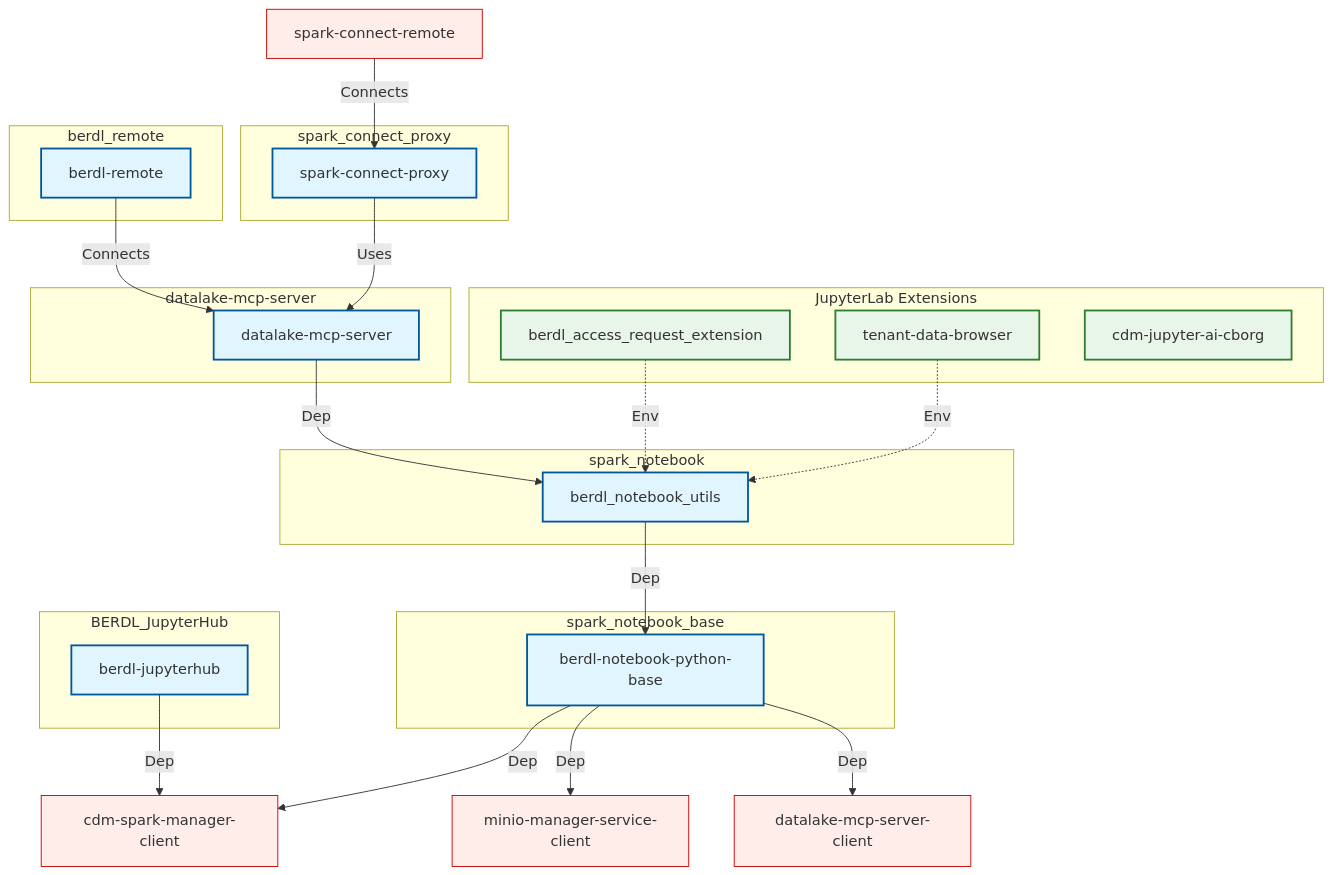
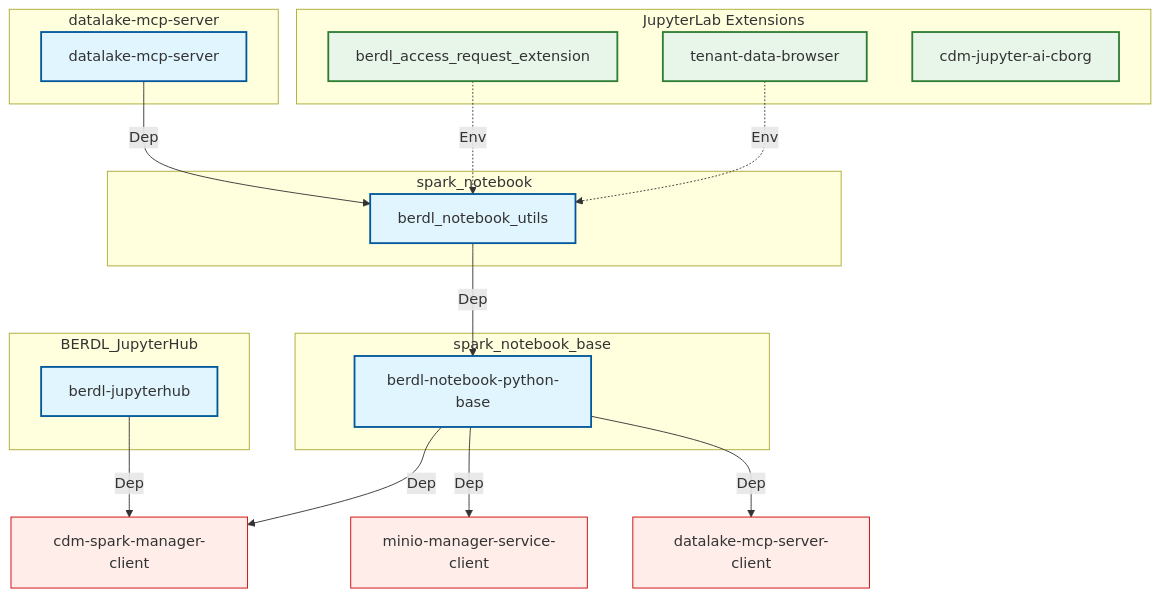
One commit to BERDataLakehouse/berdl_docs changed the third of 3 diagrams in README.md. Above: the diagram before and after it, drawn with Mermaid. The commit also changed other lines of this file, not shown here.

Commit message:
update global diagram

````diff
--- a/README.md
+++ b/README.md
@@ -168,68 +183,54 @@
 ```mermaid
 graph TD
     %% Clients
     SMC[cdm-spark-manager-client]
     MMSC[minio-manager-service-client]
     MCPC[datalake-mcp-server-client]
-    SRC[spark-connect-remote]
     
     %% Base Package
     subgraph Base ["spark_notebook_base"]
         PNB[berdl-notebook-python-base]
     end
     
     %% Service Implementations
     subgraph NotebookUtils ["spark_notebook"]
         NU[berdl_notebook_utils]
     end
     
     subgraph Extensions ["JupyterLab Extensions"]
         ARE[berdl_access_request_extension]
         TDB[tenant-data-browser]
         CBA[cdm-jupyter-ai-cborg]
     end
     
     subgraph MCPServer ["datalake-mcp-server"]
         MCP[datalake-mcp-server]
     end
     
     subgraph JupyterHub ["BERDL_JupyterHub"]
         JH[berdl-jupyterhub]
     end
-    
-    subgraph SparkRemote ["spark_connect_proxy"]
-        SPX[spark-connect-proxy]
-    end
-    
-    subgraph BERDLRemoteC ["berdl_remote"]
-        BRMC[berdl-remote]
-    end
 
     %% Dependencies
     PNB -->|Dep| SMC
     PNB -->|Dep| MMSC
     PNB -->|Dep| MCPC
     
     NU -->|Dep| PNB
     MCP -->|Dep| NU
     
     JH -->|Dep| SMC
     
     %% JupyterLab extensions depend on user environment
     ARE -.->|Env| NU
     TDB -.->|Env| NU
     
-    %% SPX and SRC 
-    SPX -->|Uses| MCP
-    SRC -->|Connects| SPX
-    BRMC -->|Connects| MCP
-    
     %% Styling
     classDef client fill:#ffedea,stroke:#cc0000,stroke-width:1px;
     classDef pkg fill:#e1f5fe,stroke:#01579b,stroke-width:2px;
     classDef ext fill:#e8f5e9,stroke:#2e7d32,stroke-width:2px;
     
-    class SMC,MMSC,MCPC,SRC client;
-    class PNB,NU,MCP,JH,SPX,BRMC pkg;
+    class SMC,MMSC,MCPC client;
+    class PNB,NU,MCP,JH pkg;
     class ARE,TDB,CBA ext;
 ```
````
